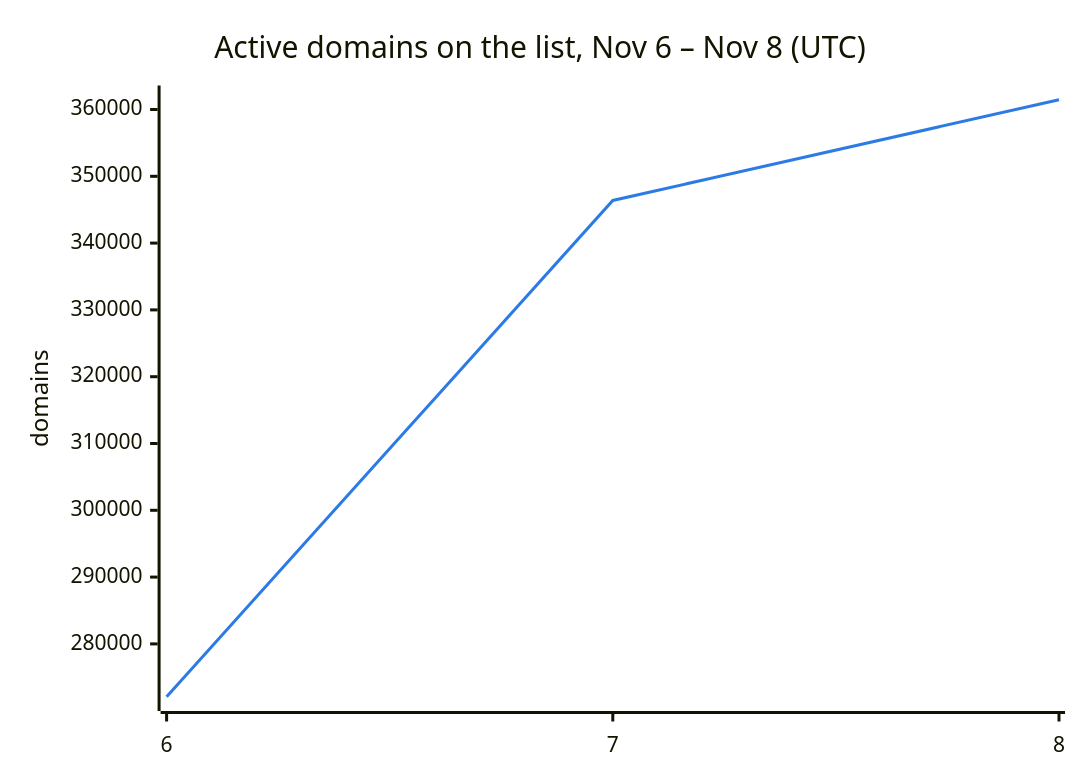
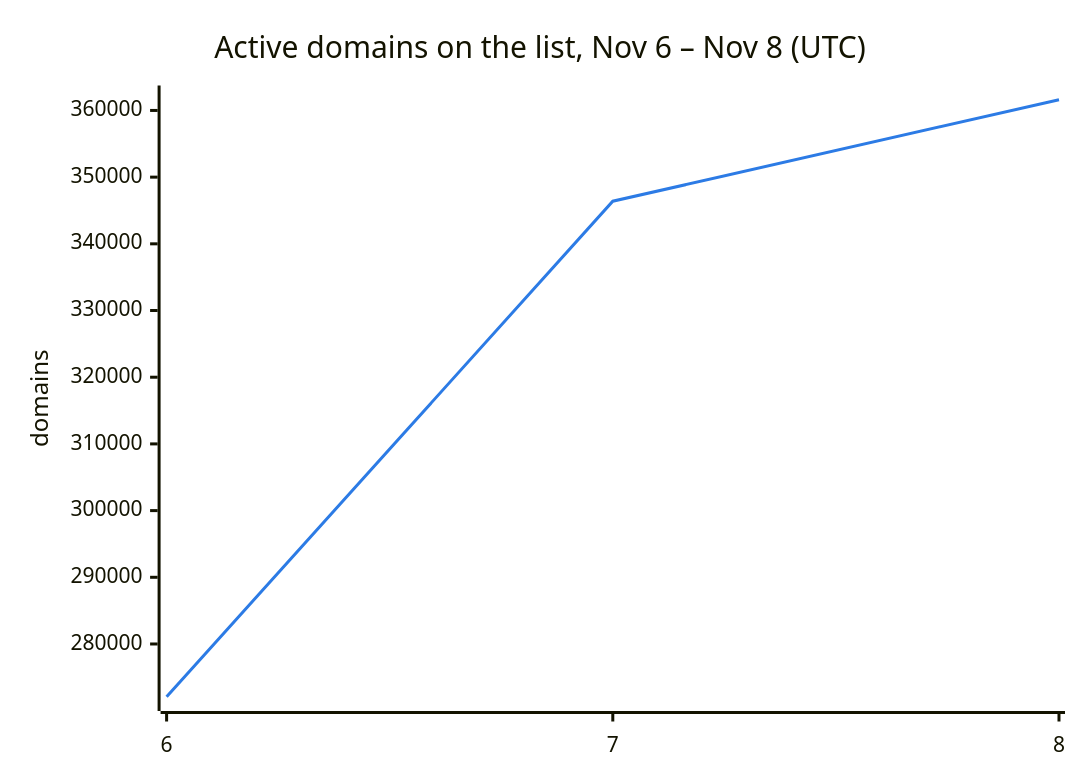
One commit to DNSBunker/CTI changed the second of 3 diagrams in README.md. Above: the diagram before and after it, drawn with Mermaid. The commit also changed other lines of this file and 3 other files, not shown here.

````diff
--- a/README.md
+++ b/README.md
@@ -38,8 +38,8 @@
 ```mermaid
 %%{init: {"themeVariables": {"xyChart": {"plotColorPalette": "#2c7be5"}}}}%%
 xychart-beta
     title "Active domains on the list, Nov 6 – Nov 8 (UTC)"
     x-axis ["6", "7", "8"]
     y-axis "domains"
-    line [272088, 346388, 361460]
+    line [272088, 346388, 361604]
 ```
````
